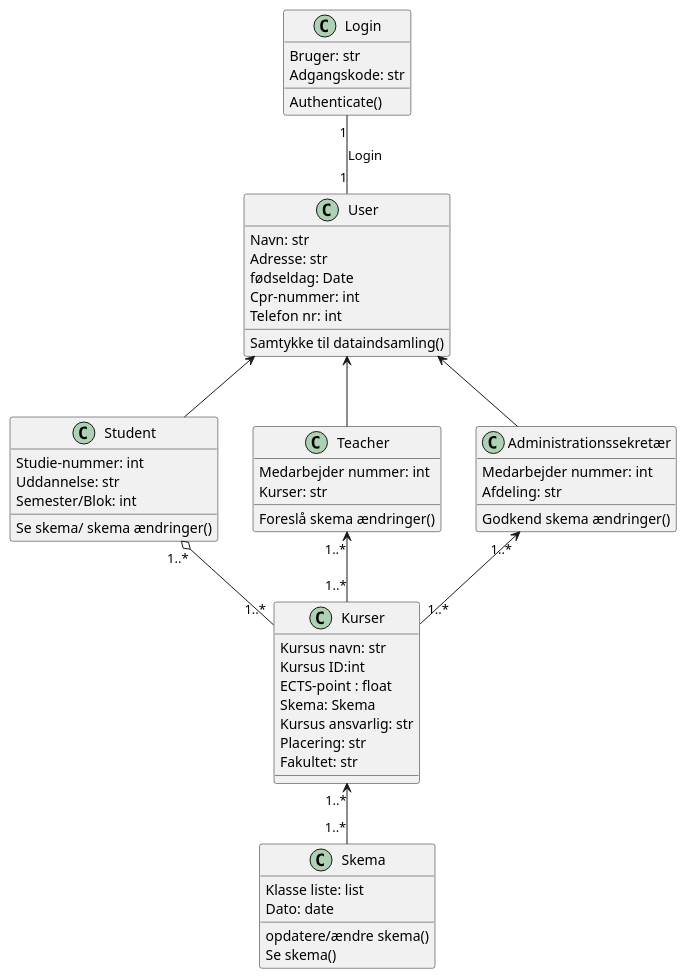
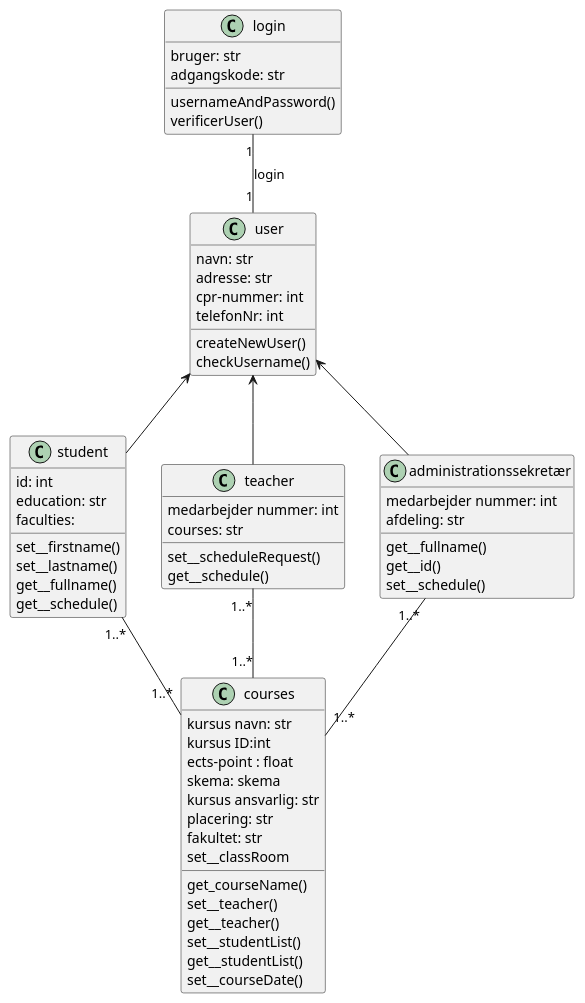
One commit to cille-pigen9/Systemudvikling-2022 changed the diagram in Diagrams/ClassDiagram.puml. Above: the diagram before and after it, drawn with PlantUML. The commit also changed 7 other files, not shown here.

```diff
--- a/Diagrams/ClassDiagram.puml
+++ b/Diagrams/ClassDiagram.puml
@@ -1,71 +1,82 @@
 @startuml
 'https://plantuml.com/class-diagram
 
-class Login{
-Bruger: str
-Adgangskode: str
-Authenticate()
+class login{
+bruger: str
+adgangskode: str
+usernameAndPassword()
+verificerUser()
+
 }
 
-class User {
-Navn: str
-Adresse: str
-fødseldag: Date
-Cpr-nummer: int
-Telefon nr: int
-Samtykke til dataindsamling()
+class user {
+navn: str
+adresse: str
+cpr-nummer: int
+telefonNr: int
+createNewUser()
+checkUsername()
+
 }
 
-class Student {
-Studie-nummer: int
-Uddannelse: str
-Semester/Blok: int
-Se skema/ skema ændringer()
+class student {
+id: int
+education: str
+faculties: 
+set__firstname()
+set__lastname()
+get__fullname()
+get__schedule()
+
 }
 
 
 
-class Teacher{
-Medarbejder nummer: int
-Kurser: str
-Foreslå skema ændringer()
-}
-
-class Administrationssekretær {
-Medarbejder nummer: int
-Afdeling: str
-Godkend skema ændringer()
-}
-
-class Kurser {
-Kursus navn: str
-Kursus ID:int
-ECTS-point : float
-Skema: Skema
-Kursus ansvarlig: str
-Placering: str
-Fakultet: str
+class teacher{
+medarbejder nummer: int
+courses: str
+set__scheduleRequest()
+get__schedule()
 
 }
 
-class Skema {
-Klasse liste: list
-Dato: date
-opdatere/ændre skema()
-Se skema()
+class administrationssekretær {
+medarbejder nummer: int
+afdeling: str
+get__fullname()
+get__id()
+set__schedule()
+}
+
+class courses {
+kursus navn: str
+kursus ID:int
+ects-point : float
+skema: skema
+kursus ansvarlig: str
+placering: str
+fakultet: str
+get_courseName()
+set__teacher()
+get__teacher()
+set__studentList()
+get__studentList()
+set__courseDate()
+set__classRoom
+
 }
 
 
-Login "1" -- "1" User : Login
-User <--  Teacher
-User <-- Student
-User <-- Administrationssekretær
 
-Kurser "1..*" <-- "1..*" Skema
+login "1" -- "1" user : login
+user <--  teacher
+user <-- student
+user <-- administrationssekretær
 
-Teacher "1..*" <-- "1..*" Kurser
-Student "1..*" o-- "1..*" Kurser
-Administrationssekretær "1..*" <-- "1..*" Kurser
+
+teacher "1..*" -- "1..*" courses
+student "1..*" -- "1..*" courses
+administrationssekretær "1..*" -- "1..*" courses
 
 
 @enduml
```
